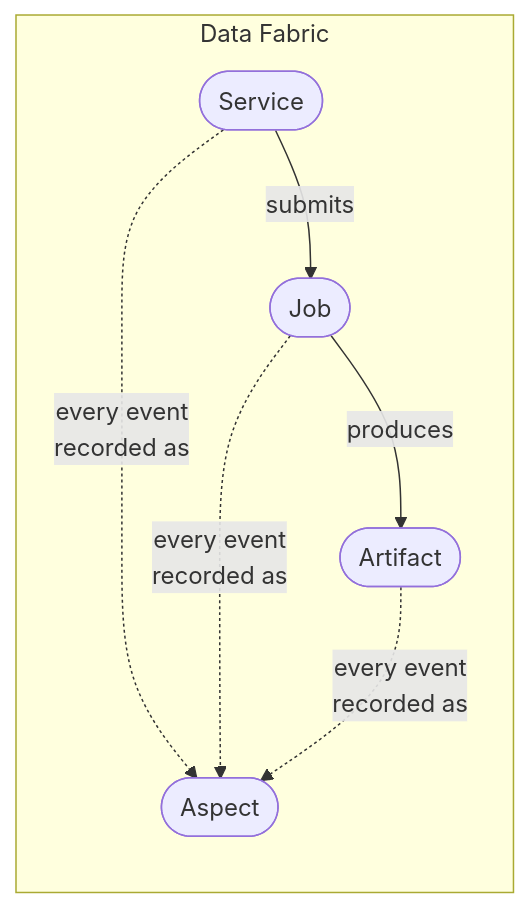
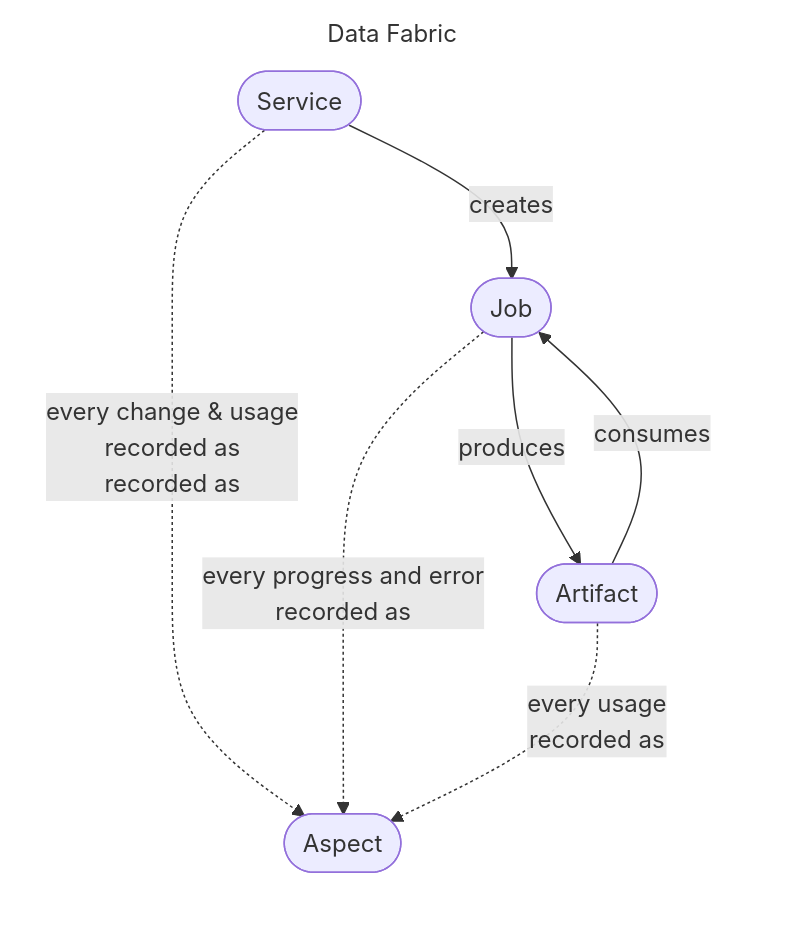
The diagram in docs/concepts/index.md (ivcap-works/ivcap-docs), drawn with Mermaid before and after one commit. The commit also changed 5 other files, not shown here.

````diff
--- a/docs/concepts/index.md
+++ b/docs/concepts/index.md
@@ -20,14 +20,17 @@
 ```mermaid
 graph LR
     subgraph DF["Data Fabric"]
         S([Service])
         J([Job])
         A([Artifact])
         Asp([Aspect])
-        S -->|submits| J
+        S -->|creates| J
         J -->|produces| A
-        S -.->|every event\nrecorded as| Asp
-        J -.->|every event\nrecorded as| Asp
-        A -.->|every event\nrecorded as| Asp
+        A -->|consumes| J
+        S -.->|every change & usage
+recorded as\nrecorded as| Asp
+        J -.->|every progress and error\nrecorded as| Asp
+        A -.->|every usage\nrecorded as| Asp
     end
+    style DF fill:transparent,stroke:none
 ```
````
